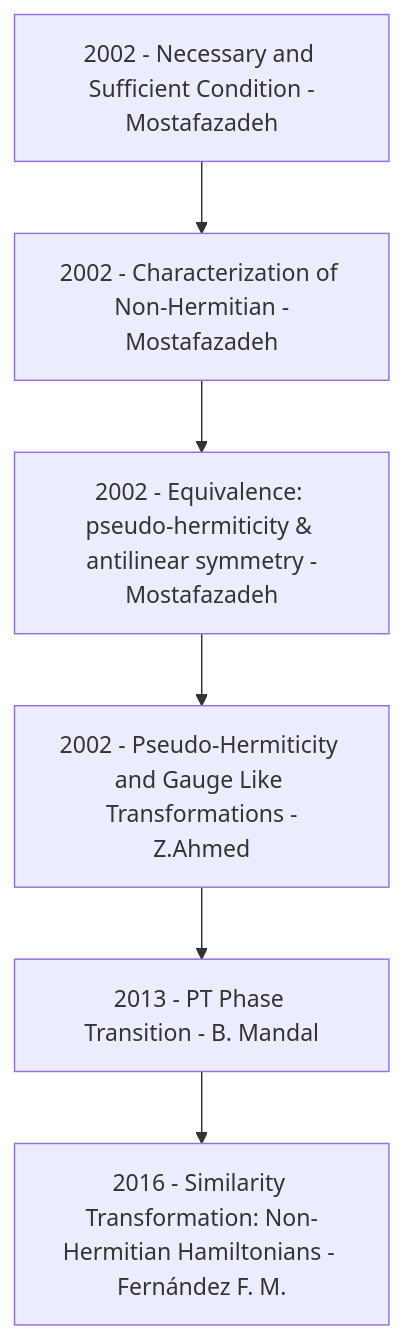
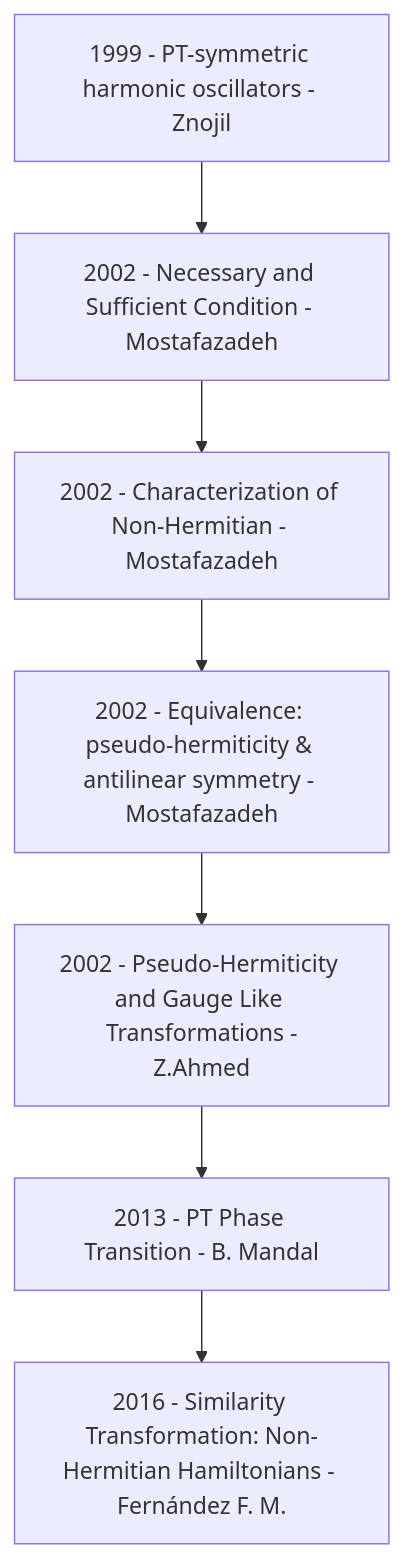
Before and after one commit to rajeshphy/research: the diagram in _posts/2024-08-15-PT-Symmetry.markdown, drawn with Mermaid. The commit also changed 8 other files, not shown here.

```diff
--- a/_posts/2024-08-15-PT-Symmetry.markdown
+++ b/_posts/2024-08-15-PT-Symmetry.markdown
@@ -19,33 +19,35 @@
 <div class="mermaid">
 graph TD;
 
-    
-    A1[2002 - Necessary and Sufficient Condition -Mostafazadeh]
-    A2[2002 - Characterization of Non-Hermitian -Mostafazadeh]
-    A3[2002 - Equivalence: pseudo-hermiticity & antilinear symmetry -Mostafazadeh]
+    A[1999 - PT-symmetric harmonic oscillators - Znojil]
+    A1[2002 - Necessary and Sufficient Condition - Mostafazadeh]
+    A2[2002 - Characterization of Non-Hermitian - Mostafazadeh]
+    A3[2002 - Equivalence: pseudo-hermiticity & antilinear symmetry - Mostafazadeh]
     
     B[2002 - Pseudo-Hermiticity and Gauge Like Transformations -Z.Ahmed]
 
     C[2013 - PT Phase Transition - B. Mandal]
 
         
     D[2016 - Similarity Transformation: Non-Hermitian Hamiltonians - Fernández F. M.]
 
 
-    A1-->A2; A2-->A3; A3-->B;
+
+    A-->A1-->A2; A2-->A3; A3-->B;
     B-->C; C-->D;
 
 
+    click A "{{ site.PAPERS-ORG }}/PAPERS-ORG/PT-Symmetry/1999-znojil.pdf";
     click A1 "{{ site.PAPERS-ORG }}/PAPERS-ORG/PT-Symmetry/2002-Necessary-Sufficient-Condition-Mostafazadeh.pdf";
     click A2 "{{ site.PAPERS-ORG }}/PAPERS-ORG/PT-Symmetry/2002-Characterization-Non-Hermitian-Mostafazadeh.pdf";
     click A3 "{{ site.PAPERS-ORG }}/PAPERS-ORG/PT-Symmetry/2002-Equivalence-Pseudo-Hermiticity-Antilinear-Symmetries-Mostafazadeh.pdf";
 
     click B "{{ site.PAPERS-ORG }}/PAPERS-ORG/PT-Symmetry/2002-Pseudo-Hermiticity-Gauge-Like-Transformations-Ahmed.pdf";
 
     click C "{{ site.PAPERS-ORG }}/PAPERS-ORG/PT-Symmetry/2013-PT-Phase-Transition-Mandal.pdf";
 
     click D "{{ site.PAPERS-ORG }}/PAPERS-ORG/PT-Symmetry/2016-Similarity-Transformation-Fernandez.pdf";
 
 
 
 </div>
```
